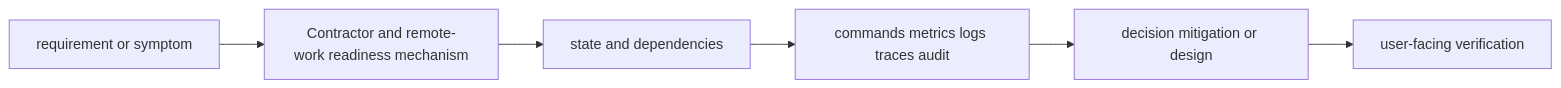
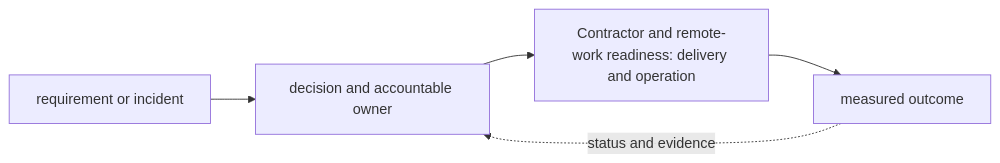
The diagram in 00-role-ownership/05-contractor-and-remote-work-readiness/README.md (tomkidumbuyo/DevOps-interview-preparation), drawn with Mermaid before and after one commit. The commit also changed other lines of this file and 753 other files, not shown here.

````diff
--- a/00-role-ownership/05-contractor-and-remote-work-readiness/README.md
+++ b/00-role-ownership/05-contractor-and-remote-work-readiness/README.md
@@ -21,8 +31,7 @@
 ```mermaid
 flowchart LR
-  R[requirement or symptom] --> M[Contractor and remote-work readiness mechanism]
-  M --> S[state and dependencies]
-  S --> O[commands metrics logs traces audit]
-  O --> D[decision mitigation or design]
-  D --> V[user-facing verification]
+  A["requirement or incident"] --> B["decision and accountable owner"]
+  B --> C["Contractor and remote-work readiness: delivery and operation"]
+  C --> D["measured outcome"]
+  D -. "status and evidence" .-> B
 ```
````
